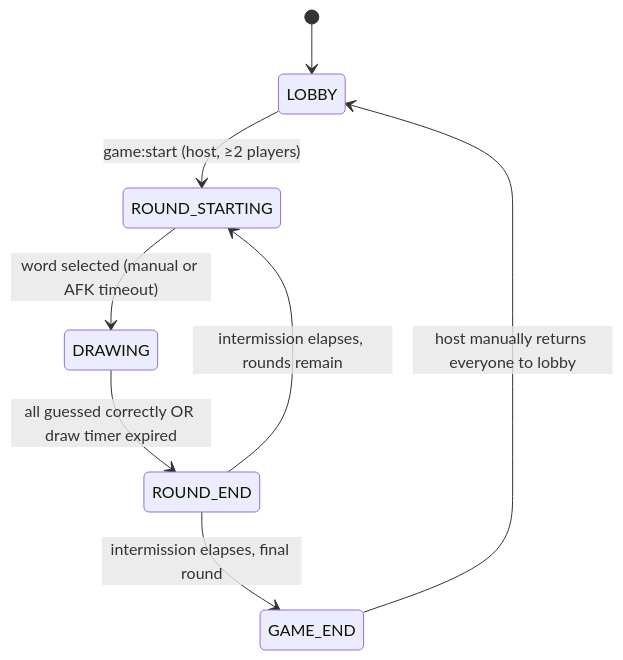
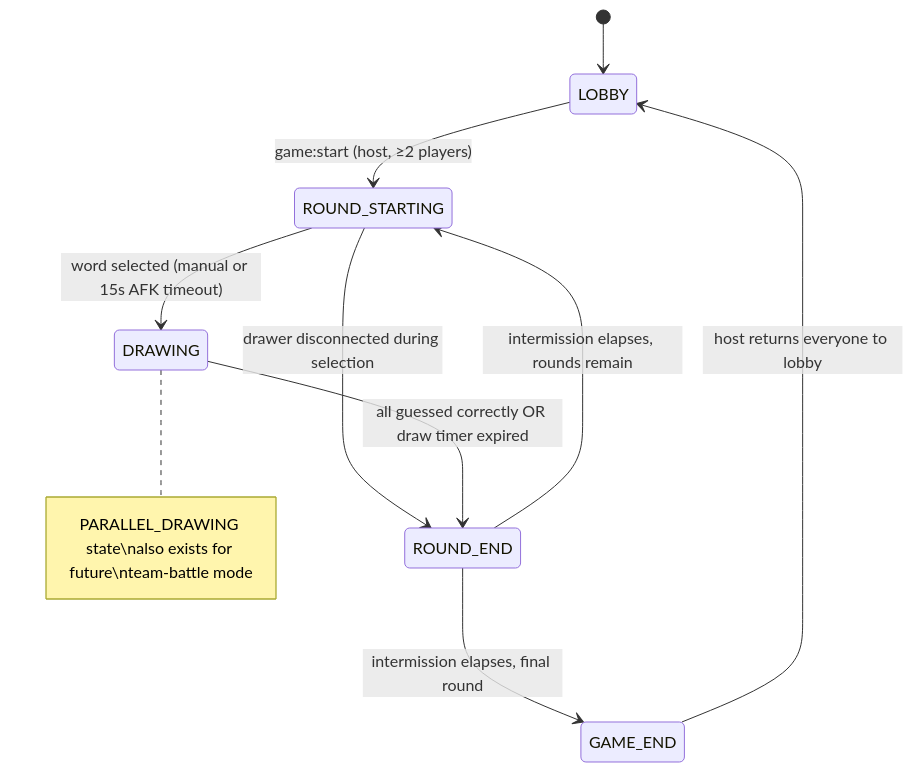
Before and after one commit to mirza-mohammad24/scribblitz: the second of 6 diagrams in README.md, drawn with Mermaid. The commit also changed other lines of this file and 2 other files, not shown here.

````diff
--- a/README.md
+++ b/README.md
@@ -66,10 +74,13 @@
 ```mermaid
 stateDiagram-v2
   [*] --> LOBBY
   LOBBY --> ROUND_STARTING : game:start (host, ≥2 players)
-  ROUND_STARTING --> DRAWING : word selected (manual or AFK timeout)
+  ROUND_STARTING --> DRAWING : word selected (manual or 15s AFK timeout)
+  ROUND_STARTING --> ROUND_END : drawer disconnected during selection
   DRAWING --> ROUND_END : all guessed correctly OR draw timer expired
   ROUND_END --> ROUND_STARTING : intermission elapses, rounds remain
   ROUND_END --> GAME_END : intermission elapses, final round
-  GAME_END --> LOBBY : host manually returns everyone to lobby
+  GAME_END --> LOBBY : host returns everyone to lobby
+
+  note right of DRAWING : PARALLEL_DRAWING state\nalso exists for future\nteam-battle mode
 ```
````
